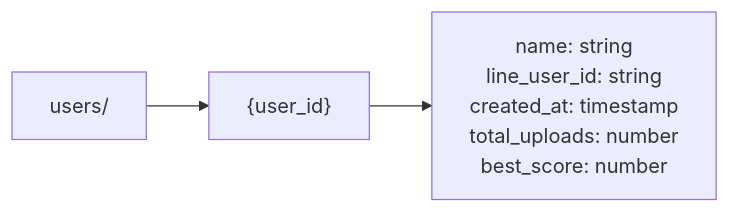
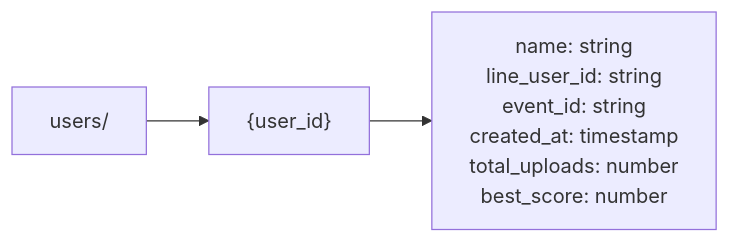
Before and after one commit to nakayamaryo0731/wedding_smile_catcher: the first of 5 diagrams in docs/architecture/database.md, drawn with Mermaid. The commit also changed other lines of this file and 3 other files, not shown here.

First line of the commit message:
docs: update architecture docs and roadmap from review

````diff
--- a/docs/architecture/database.md
+++ b/docs/architecture/database.md
@@ -18,5 +21,5 @@
 ```mermaid
 graph LR
     Users[users/] --> UserDoc["{user_id}"]
-    UserDoc --> Fields["name: string<br/>line_user_id: string<br/>created_at: timestamp<br/>total_uploads: number<br/>best_score: number"]
+    UserDoc --> Fields["name: string<br/>line_user_id: string<br/>event_id: string<br/>created_at: timestamp<br/>total_uploads: number<br/>best_score: number"]
 ```
````
